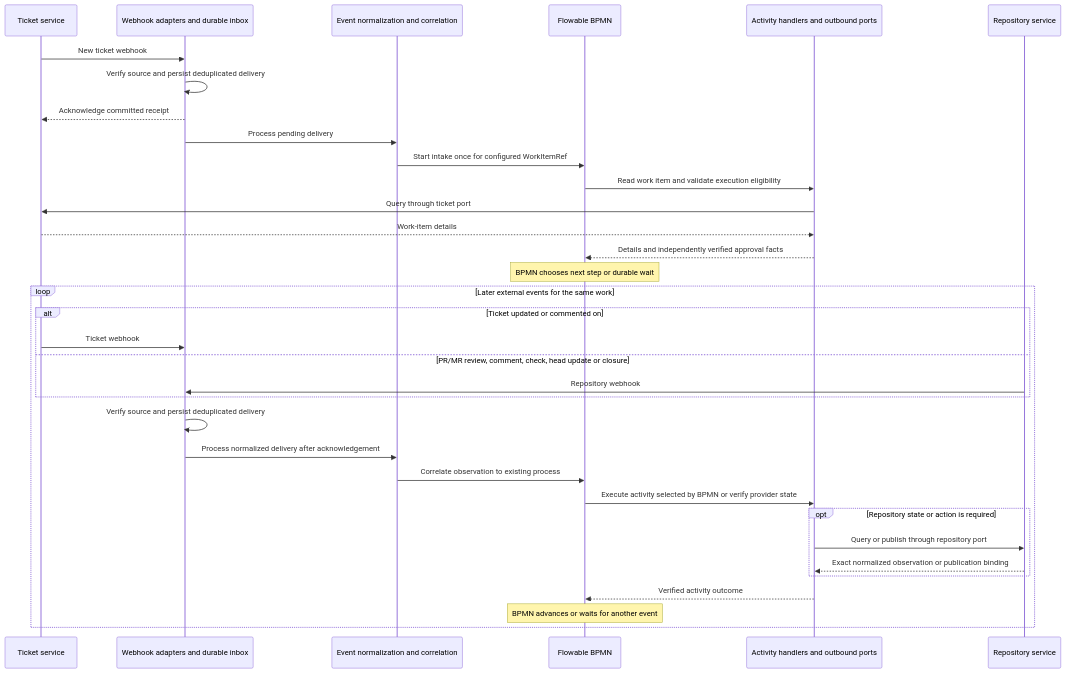
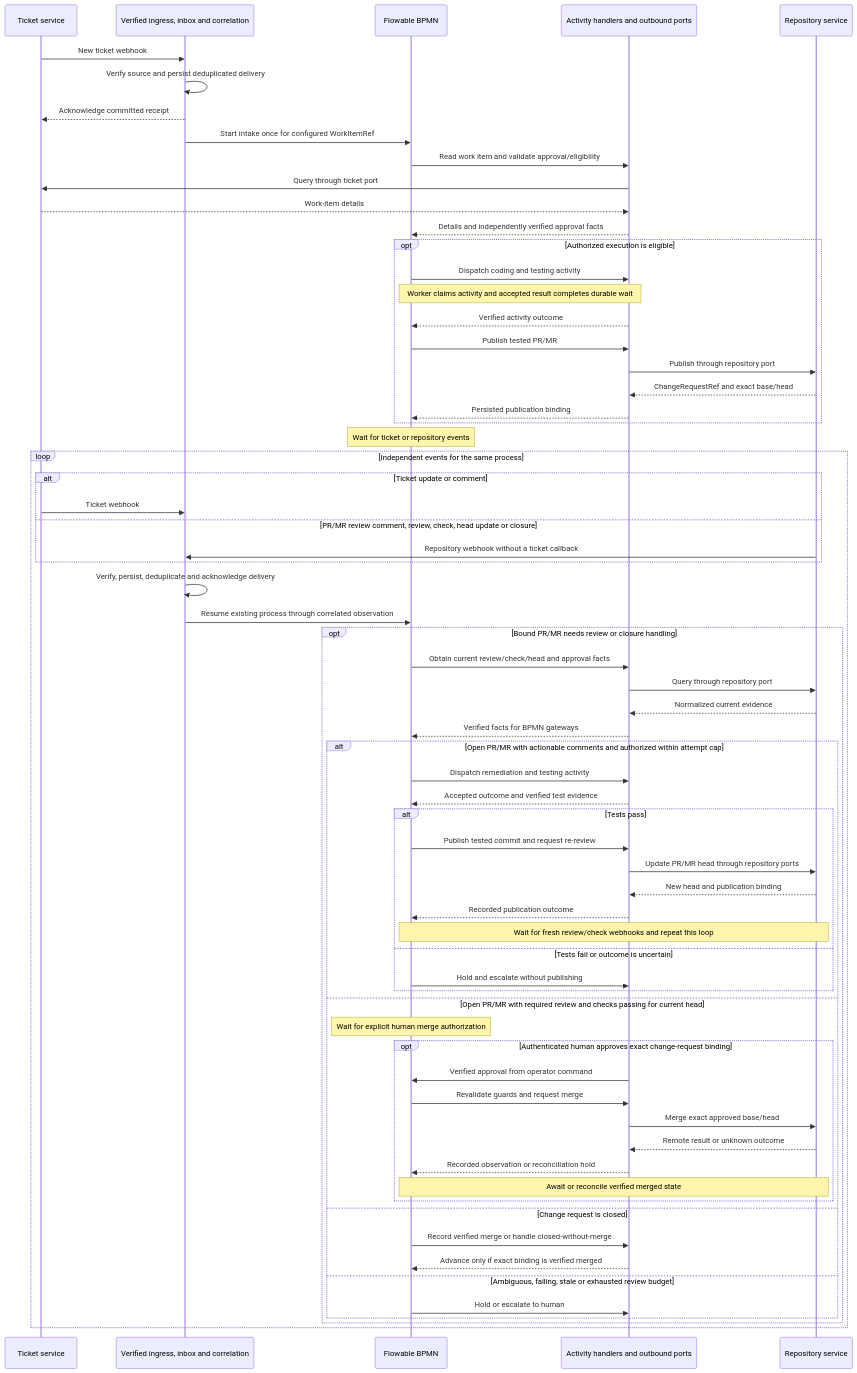
Before and after one commit to skizzay/forgeflow: the first of 2 diagrams in docs/architecture/workflow-boundaries.md, drawn with Mermaid. The commit also changed other lines of this file, not shown here.

Commit message:
Expand event sequence with explicit PR review progression (#77)

````diff
--- a/docs/architecture/workflow-boundaries.md
+++ b/docs/architecture/workflow-boundaries.md
@@ -72,36 +72,69 @@
 ```mermaid
 sequenceDiagram
     participant T as Ticket service
-    participant I as Webhook adapters and durable inbox
-    participant E as Event normalization and correlation
+    participant I as Verified ingress, inbox and correlation
     participant F as Flowable BPMN
     participant A as Activity handlers and outbound ports
     participant R as Repository service
     T->>I: New ticket webhook
     I->>I: Verify source and persist deduplicated delivery
     I-->>T: Acknowledge committed receipt
-    I->>E: Process pending delivery
-    E->>F: Start intake once for configured WorkItemRef
-    F->>A: Read work item and validate execution eligibility
+    I->>F: Start intake once for configured WorkItemRef
+    F->>A: Read work item and validate approval/eligibility
     A->>T: Query through ticket port
     T-->>A: Work-item details
     A-->>F: Details and independently verified approval facts
-    Note over F: BPMN chooses next step or durable wait
-    loop Later external events for the same work
-        alt Ticket updated or commented on
+    opt Authorized execution is eligible
+        F->>A: Dispatch coding and testing activity
+        Note over F,A: Worker claims activity and accepted result completes durable wait
+        A-->>F: Verified activity outcome
+        F->>A: Publish tested PR/MR
+        A->>R: Publish through repository port
+        R-->>A: ChangeRequestRef and exact base/head
+        A-->>F: Persisted publication binding
+    end
+    Note over F: Wait for ticket or repository events
+    loop Independent events for the same process
+        alt Ticket update or comment
             T->>I: Ticket webhook
-        else PR/MR review, comment, check, head update or closure
-            R->>I: Repository webhook
+        else PR/MR review comment, review, check, head update or closure
+            R->>I: Repository webhook without a ticket callback
         end
-        I->>I: Verify source and persist deduplicated delivery
-        I->>E: Process normalized delivery after acknowledgement
-        E->>F: Correlate observation to existing process
-        F->>A: Execute activity selected by BPMN or verify provider state
-        opt Repository state or action is required
-            A->>R: Query or publish through repository port
-            R-->>A: Exact normalized observation or publication binding
+        I->>I: Verify, persist, deduplicate and acknowledge delivery
+        I->>F: Resume existing process through correlated observation
+        opt Bound PR/MR needs review or closure handling
+            F->>A: Obtain current review/check/head and approval facts
+            A->>R: Query through repository port
+            R-->>A: Normalized current evidence
+            A-->>F: Verified facts for BPMN gateways
+            alt Open PR/MR with actionable comments and authorized within attempt cap
+                F->>A: Dispatch remediation and testing activity
+                A-->>F: Accepted outcome and verified test evidence
+                alt Tests pass
+                    F->>A: Publish tested commit and request re-review
+                    A->>R: Update PR/MR head through repository ports
+                    R-->>A: New head and publication binding
+                    A-->>F: Recorded publication outcome
+                    Note over F,R: Wait for fresh review/check webhooks and repeat this loop
+                else Tests fail or outcome is uncertain
+                    F->>A: Hold and escalate without publishing
+                end
+            else Open PR/MR with required review and checks passing for current head
+                Note over F: Wait for explicit human merge authorization
+                opt Authenticated human approves exact change-request binding
+                    A->>F: Verified approval from operator command
+                    F->>A: Revalidate guards and request merge
+                    A->>R: Merge exact approved base/head
+                    R-->>A: Remote result or unknown outcome
+                    A-->>F: Recorded observation or reconciliation hold
+                    Note over F,R: Await or reconcile verified merged state
+                end
+            else Change request is closed
+                F->>A: Record verified merge or handle closed-without-merge
+                A-->>F: Advance only if exact binding is verified merged
+            else Ambiguous, failing, stale or exhausted review budget
+                F->>A: Hold or escalate to human
+            end
         end
-        A-->>F: Verified activity outcome
-        Note over F: BPMN advances or waits for another event
     end
 ```
````
